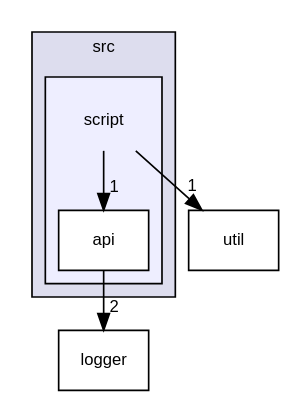
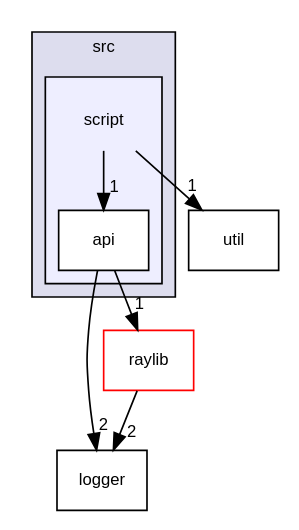
The diagram in dir_fe414d616bd0c4668e6515f48824338f_dep.dot (MisterPeModder/Bomberman-Global-Offensive), drawn with Graphviz before and after one commit. The commit also changed 311 other files, not shown here.

```diff
--- a/dir_fe414d616bd0c4668e6515f48824338f_dep.dot
+++ b/dir_fe414d616bd0c4668e6515f48824338f_dep.dot
@@ -1,18 +1,21 @@
 digraph "src/script" {
   compound=true
   node [ fontsize="10", fontname="Helvetica"];
   edge [ labelfontsize="10", labelfontname="Helvetica"];
   subgraph clusterdir_68267d1309a1af8e8297ef4c3efbcdba {
     graph [ bgcolor="#ddddee", pencolor="black", label="src" fontname="Helvetica", fontsize="10", URL="dir_68267d1309a1af8e8297ef4c3efbcdba.html"]
   subgraph clusterdir_fe414d616bd0c4668e6515f48824338f {
     graph [ bgcolor="#eeeeff", pencolor="black", label="" URL="dir_fe414d616bd0c4668e6515f48824338f.html"];
     dir_fe414d616bd0c4668e6515f48824338f [shape=plaintext label="script"];
     dir_36f9cfdd60490391c4d3878313074c62 [shape=box label="api" color="black" fillcolor="white" style="filled" URL="dir_36f9cfdd60490391c4d3878313074c62.html"];
   }
   }
   dir_b7878ad5ecbf2506f4125b9d34c97e45 [shape=box label="util" URL="dir_b7878ad5ecbf2506f4125b9d34c97e45.html"];
   dir_ffde1fbcaa8d6b0d34e29c3bddf7a801 [shape=box label="logger" URL="dir_ffde1fbcaa8d6b0d34e29c3bddf7a801.html"];
+  dir_d4cc5f0b3cfddd1b0952a9e00053f649 [shape=box label="raylib" fillcolor="white" style="filled" color="red" URL="dir_d4cc5f0b3cfddd1b0952a9e00053f649.html"];
   dir_fe414d616bd0c4668e6515f48824338f->dir_b7878ad5ecbf2506f4125b9d34c97e45 [headlabel="1", labeldistance=1.5 headhref="dir_000024_000026.html"];
   dir_fe414d616bd0c4668e6515f48824338f->dir_36f9cfdd60490391c4d3878313074c62 [headlabel="1", labeldistance=1.5 headhref="dir_000024_000025.html"];
   dir_36f9cfdd60490391c4d3878313074c62->dir_ffde1fbcaa8d6b0d34e29c3bddf7a801 [headlabel="2", labeldistance=1.5 headhref="dir_000025_000023.html"];
+  dir_36f9cfdd60490391c4d3878313074c62->dir_d4cc5f0b3cfddd1b0952a9e00053f649 [headlabel="1", labeldistance=1.5 headhref="dir_000025_000010.html"];
+  dir_d4cc5f0b3cfddd1b0952a9e00053f649->dir_ffde1fbcaa8d6b0d34e29c3bddf7a801 [headlabel="2", labeldistance=1.5 headhref="dir_000010_000023.html"];
 }
```
